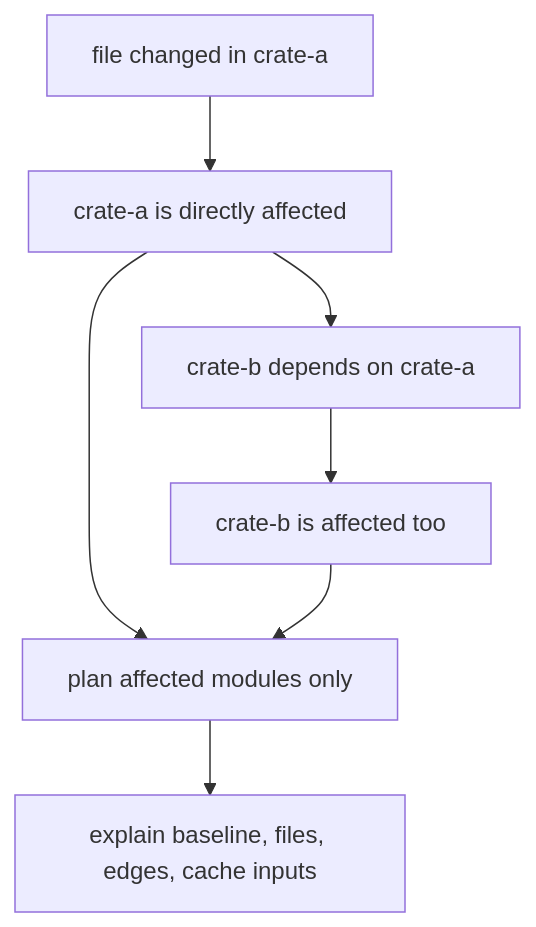
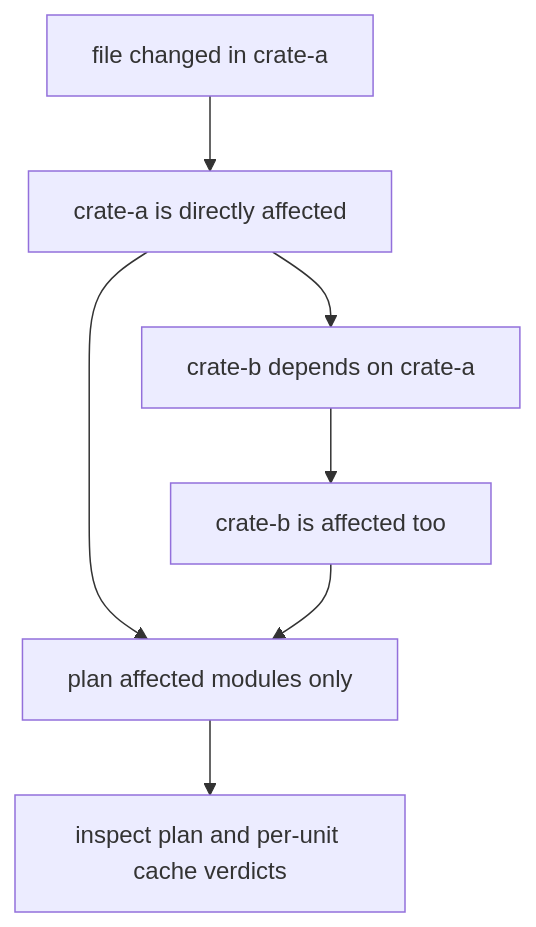
The second of 5 diagrams in docs/scenarios.md (kbukum/toven), drawn with Mermaid before and after one commit. The commit also changed other lines of this file and 25 other files, not shown here.

````diff
--- a/docs/scenarios.md
+++ b/docs/scenarios.md
@@ -26,9 +24,9 @@
 ```mermaid
 flowchart TD
     Change["file changed in crate-a"] --> Direct["crate-a is directly affected"]
     Direct --> Downstream["crate-b depends on crate-a"]
     Downstream --> AlsoRun["crate-b is affected too"]
     Direct --> Plan["plan affected modules only"]
     AlsoRun --> Plan
-    Plan --> Explain["explain baseline, files, edges, cache inputs"]
+    Plan --> Explain["inspect plan and per-unit cache verdicts"]
 ```
````
